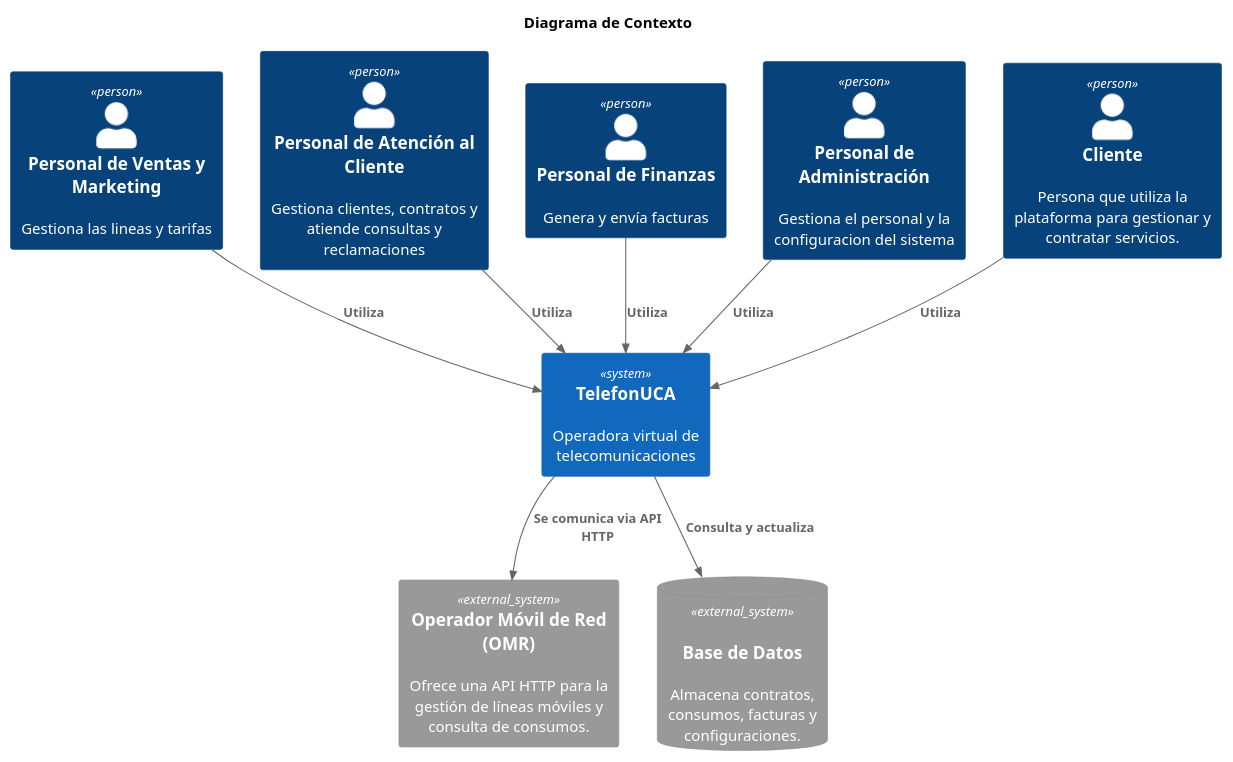
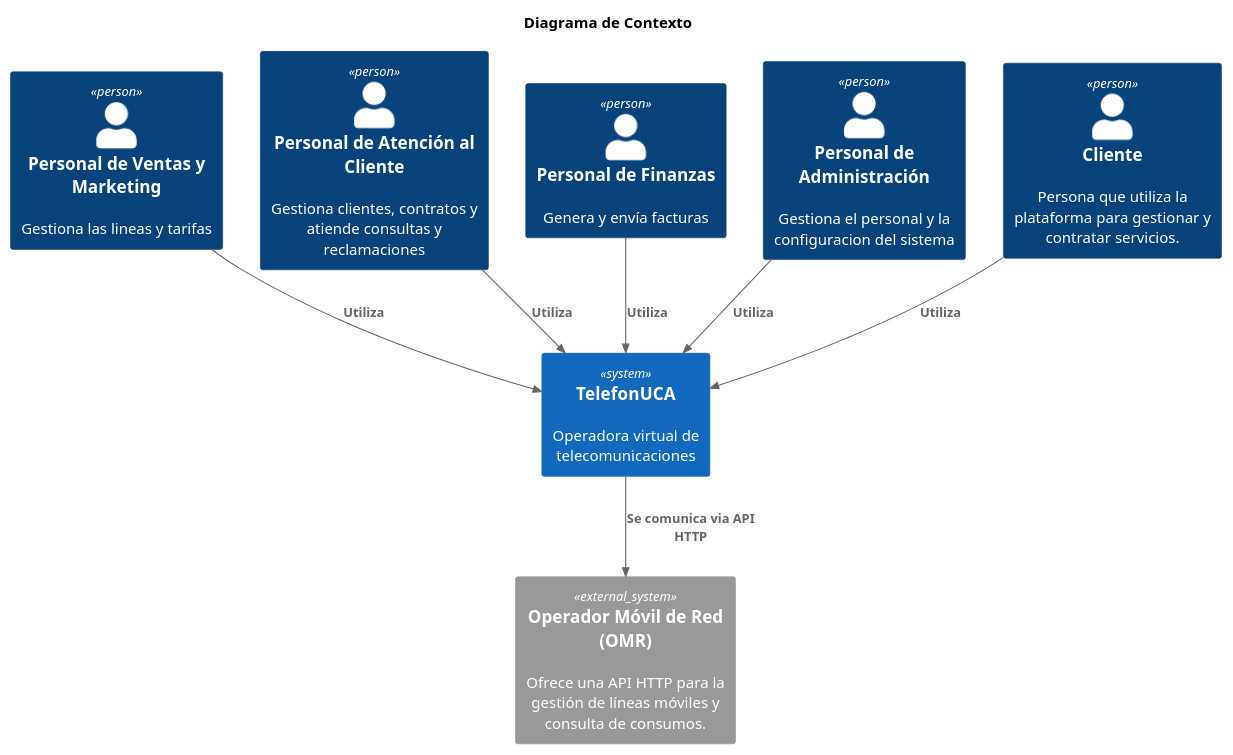
One commit to davidbp10/iw2023-2024-MovilUCA changed the diagram in docs/diagrams/ContextDiagramC4.puml. Above: the diagram before and after it, drawn with PlantUML. The commit also changed 7 other files, not shown here.

Commit message:
Mejoras diagramas C4

```diff
--- a/docs/diagrams/ContextDiagramC4.puml
+++ b/docs/diagrams/ContextDiagramC4.puml
@@ -1,26 +1,25 @@
 @startuml
 !include https://raw.githubusercontent.com/plantuml-stdlib/C4-PlantUML/master/C4_Container.puml
 
 title Diagrama de Contexto
 
 Person(ventas, "Personal de Ventas y Marketing", "Gestiona las lineas y tarifas")
 Person(atencioncliente, "Personal de Atención al Cliente", "Gestiona clientes, contratos y atiende consultas y reclamaciones")
 Person(f, "Personal de Finanzas", "Genera y envía facturas")
 Person(admin, "Personal de Administración", "Gestiona el personal y la configuracion del sistema")
 Person(cliente, "Cliente", "Persona que utiliza la plataforma para gestionar y contratar servicios.")
 
 System(t, "TelefonUCA", "Operadora virtual de telecomunicaciones")
 
 System_Ext(omr, "Operador Móvil de Red (OMR)", "Ofrece una API HTTP para la gestión de líneas móviles y consulta de consumos.")
-SystemDb_Ext(bd, "Base de Datos", "Almacena contratos, consumos, facturas y configuraciones.", "MySQL")
+
 
 Rel(cliente, t, "Utiliza")
-Rel(t, bd, "Consulta y actualiza")
 Rel(t, omr, "Se comunica via API HTTP")
 
 Rel(ventas, t, "Utiliza")
 Rel(atencioncliente, t, "Utiliza")
 Rel(f, t, "Utiliza")
 Rel(admin, t, "Utiliza")
 
 @enduml
```
